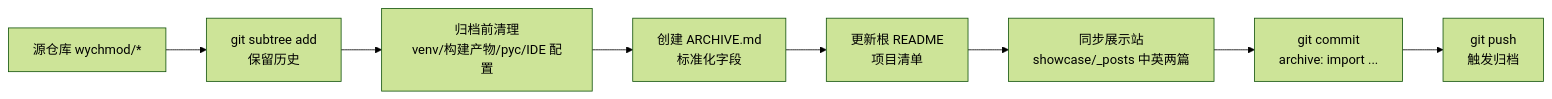
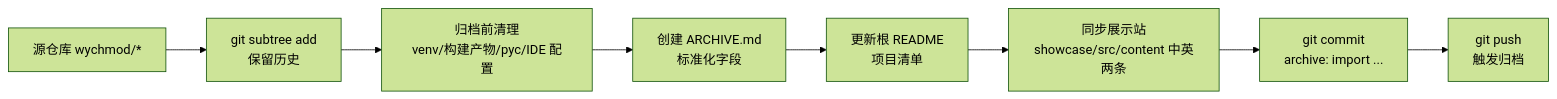
Before and after one commit to wychmod/archiving-project: the diagram in README.md, drawn with Mermaid (forest theme). The commit also changed other lines of this file and 2 other files, not shown here.

````diff
--- a/README.md
+++ b/README.md
@@ -189,10 +194,10 @@
 ```mermaid
 flowchart LR
     A["源仓库 wychmod/*"] --> B["git subtree add\n保留历史"]
     B --> B2["归档前清理\nvenv/构建产物/pyc/IDE 配置"]
     B2 --> C["创建 ARCHIVE.md\n标准化字段"]
     C --> D["更新根 README\n项目清单"]
-    D --> G["同步展示站\nshowcase/_posts 中英两篇"]
+    D --> G["同步展示站\nshowcase/src/content 中英两条"]
     G --> E["git commit\narchive: import ..."]
     E --> F["git push\n触发归档"]
 ```
````
